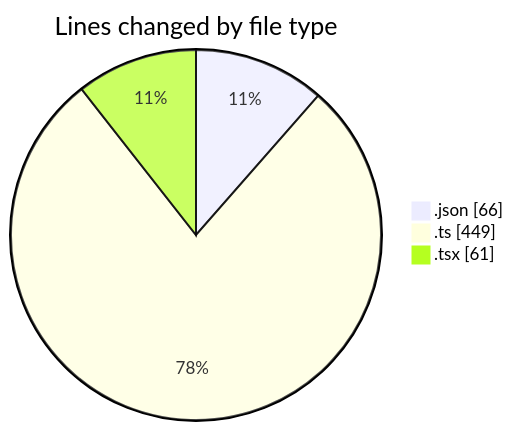
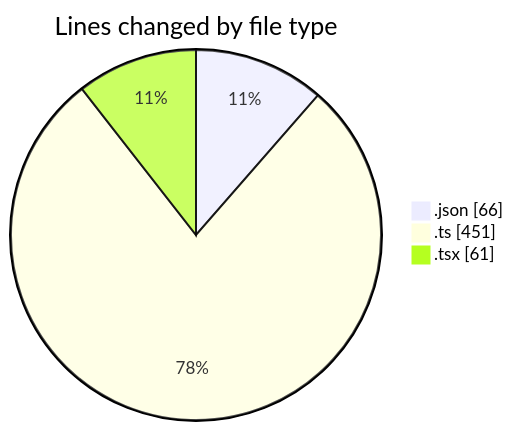
The first of 2 diagrams in 2025-05-09/cda/README.md (momahboobian/code-tracking), drawn with Mermaid before and after one commit. The commit also changed other lines of this file and 1 other file, not shown here.

````diff
--- a/2025-05-09/cda/README.md
+++ b/2025-05-09/cda/README.md
@@ -23,7 +23,7 @@
 ```mermaid
 pie showData
 title Lines changed by file type
 ".json" : 66
-".ts" : 449
+".ts" : 451
 ".tsx" : 61
 ```
````
